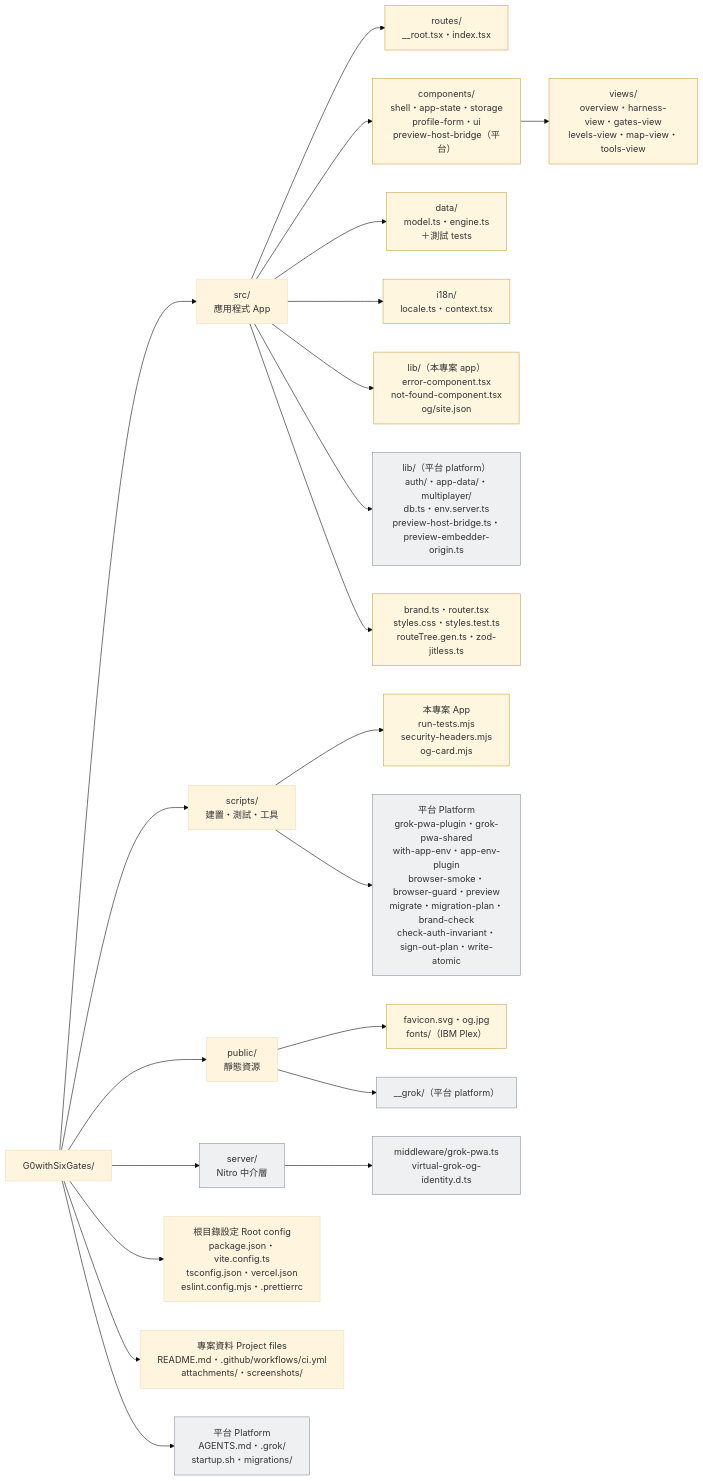
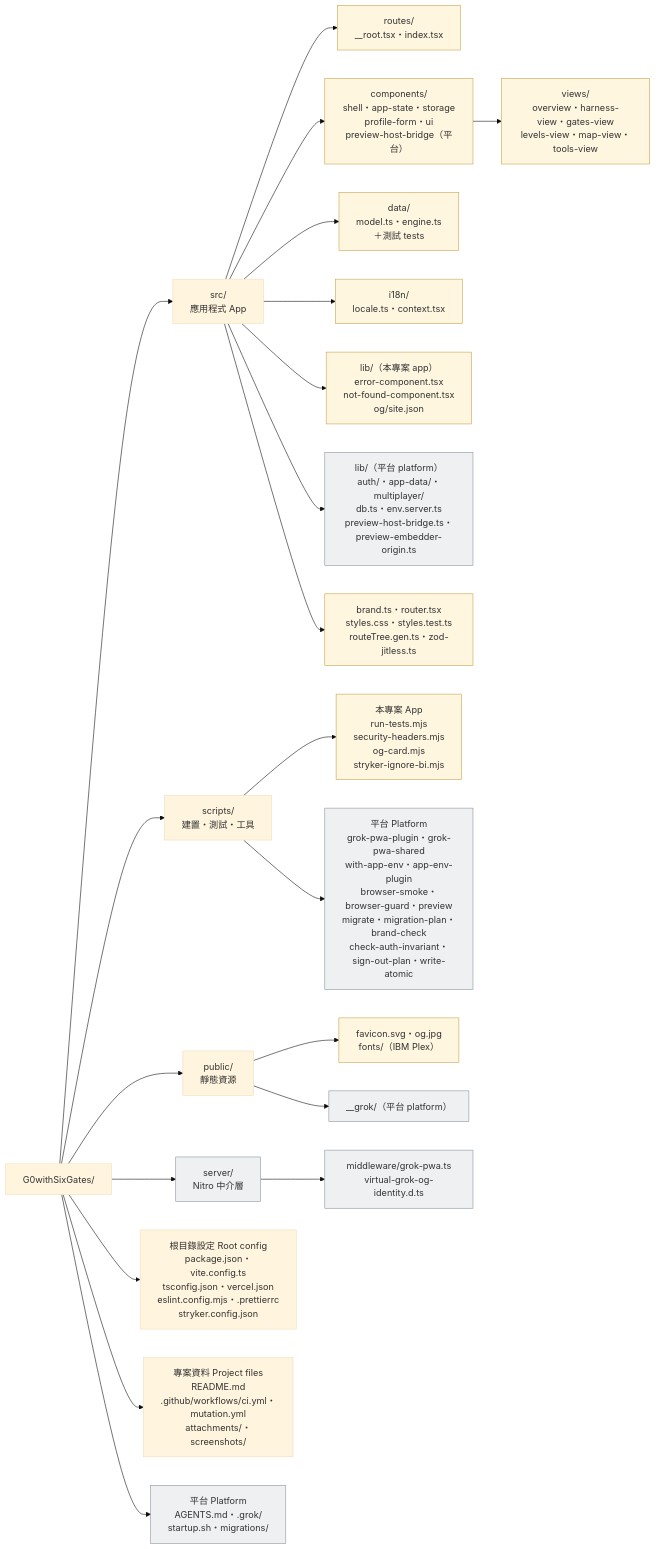
The second of 2 diagrams in README.md (chinchiang/G0withSixGates), drawn with Mermaid (base theme) before and after one commit. The commit also changed other lines of this file and 7 other files, not shown here.

First line of the commit message:
Add mutation testing with StrykerJS, off by default

````diff
--- a/README.md
+++ b/README.md
@@ -154,34 +154,34 @@
 ```mermaid
 flowchart LR
     ROOT["G0withSixGates/"]
 
     ROOT --> SRC["src/<br/>應用程式 App"]
     ROOT --> SCRIPTS["scripts/<br/>建置・測試・工具"]
     ROOT --> PUBLIC["public/<br/>靜態資源"]
     ROOT --> SERVER["server/<br/>Nitro 中介層"]
-    ROOT --> CFG["根目錄設定 Root config<br/>package.json・vite.config.ts<br/>tsconfig.json・vercel.json<br/>eslint.config.mjs・.prettierrc"]
-    ROOT --> META["專案資料 Project files<br/>README.md・.github/workflows/ci.yml<br/>attachments/・screenshots/"]
+    ROOT --> CFG["根目錄設定 Root config<br/>package.json・vite.config.ts<br/>tsconfig.json・vercel.json<br/>eslint.config.mjs・.prettierrc<br/>stryker.config.json"]
+    ROOT --> META["專案資料 Project files<br/>README.md<br/>.github/workflows/ci.yml・mutation.yml<br/>attachments/・screenshots/"]
     ROOT --> GROK["平台 Platform<br/>AGENTS.md・.grok/<br/>startup.sh・migrations/"]
 
     SRC --> ROUTES["routes/<br/>__root.tsx・index.tsx"]
     SRC --> COMP["components/<br/>shell・app-state・storage<br/>profile-form・ui<br/>preview-host-bridge（平台）"]
     COMP --> VIEWSD["views/<br/>overview・harness-view・gates-view<br/>levels-view・map-view・tools-view"]
     SRC --> DATA["data/<br/>model.ts・engine.ts<br/>＋測試 tests"]
     SRC --> I18N["i18n/<br/>locale.ts・context.tsx"]
     SRC --> LIBA["lib/（本專案 app）<br/>error-component.tsx<br/>not-found-component.tsx<br/>og/site.json"]
     SRC --> LIBP["lib/（平台 platform）<br/>auth/・app-data/・multiplayer/<br/>db.ts・env.server.ts<br/>preview-host-bridge.ts・preview-embedder-origin.ts"]
     SRC --> SRCROOT["brand.ts・router.tsx<br/>styles.css・styles.test.ts<br/>routeTree.gen.ts・zod-jitless.ts"]
 
-    SCRIPTS --> SAPP["本專案 App<br/>run-tests.mjs<br/>security-headers.mjs<br/>og-card.mjs"]
+    SCRIPTS --> SAPP["本專案 App<br/>run-tests.mjs<br/>security-headers.mjs<br/>og-card.mjs<br/>stryker-ignore-bi.mjs"]
     SCRIPTS --> SPLAT["平台 Platform<br/>grok-pwa-plugin・grok-pwa-shared<br/>with-app-env・app-env-plugin<br/>browser-smoke・browser-guard・preview<br/>migrate・migration-plan・brand-check<br/>check-auth-invariant・sign-out-plan・write-atomic"]
 
     PUBLIC --> PUB1["favicon.svg・og.jpg<br/>fonts/（IBM Plex）"]
     PUBLIC --> PUB2["__grok/（平台 platform）"]
 
     SERVER --> SRV1["middleware/grok-pwa.ts<br/>virtual-grok-og-identity.d.ts"]
 
     classDef platform fill:#eef0f2,stroke:#8a949c,color:#333
     classDef app fill:#fff6e0,stroke:#c9a14a,color:#333
     class GROK,LIBP,SPLAT,PUB2,SERVER,SRV1 platform
     class ROUTES,COMP,VIEWSD,DATA,I18N,LIBA,SRCROOT,SAPP,PUB1 app
 ```
````
